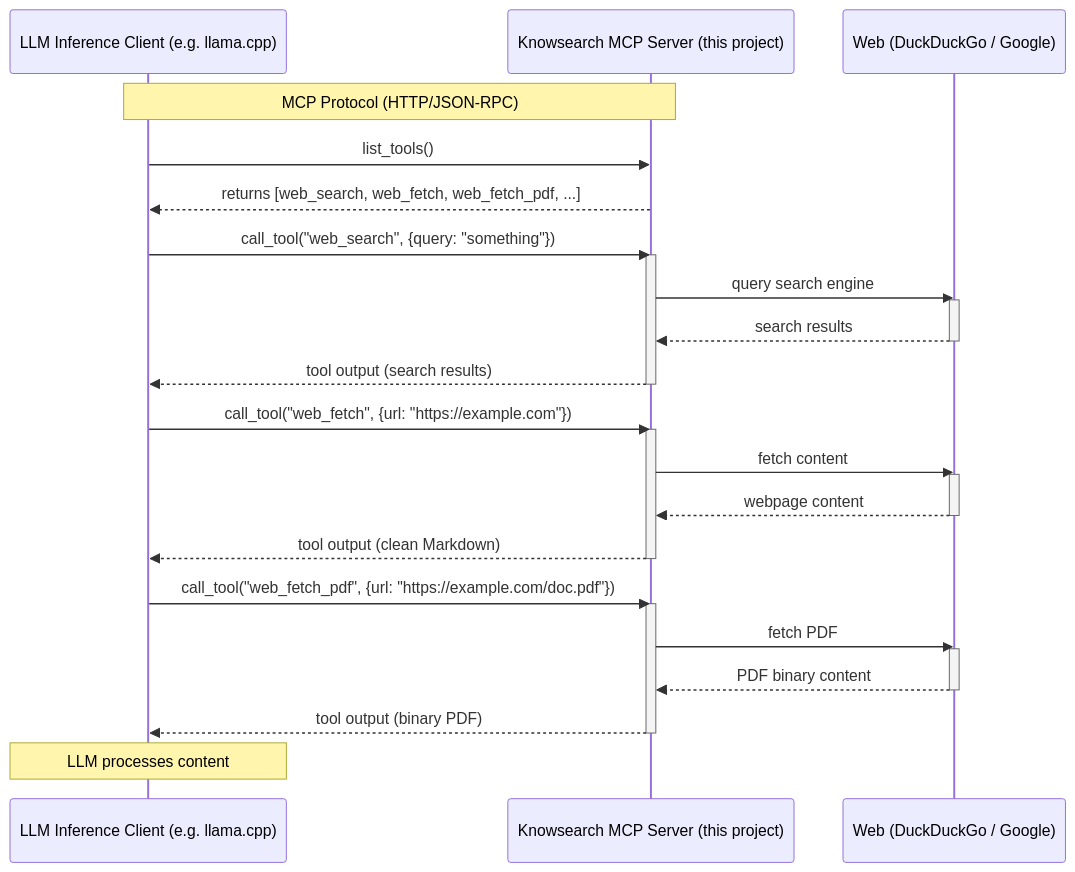
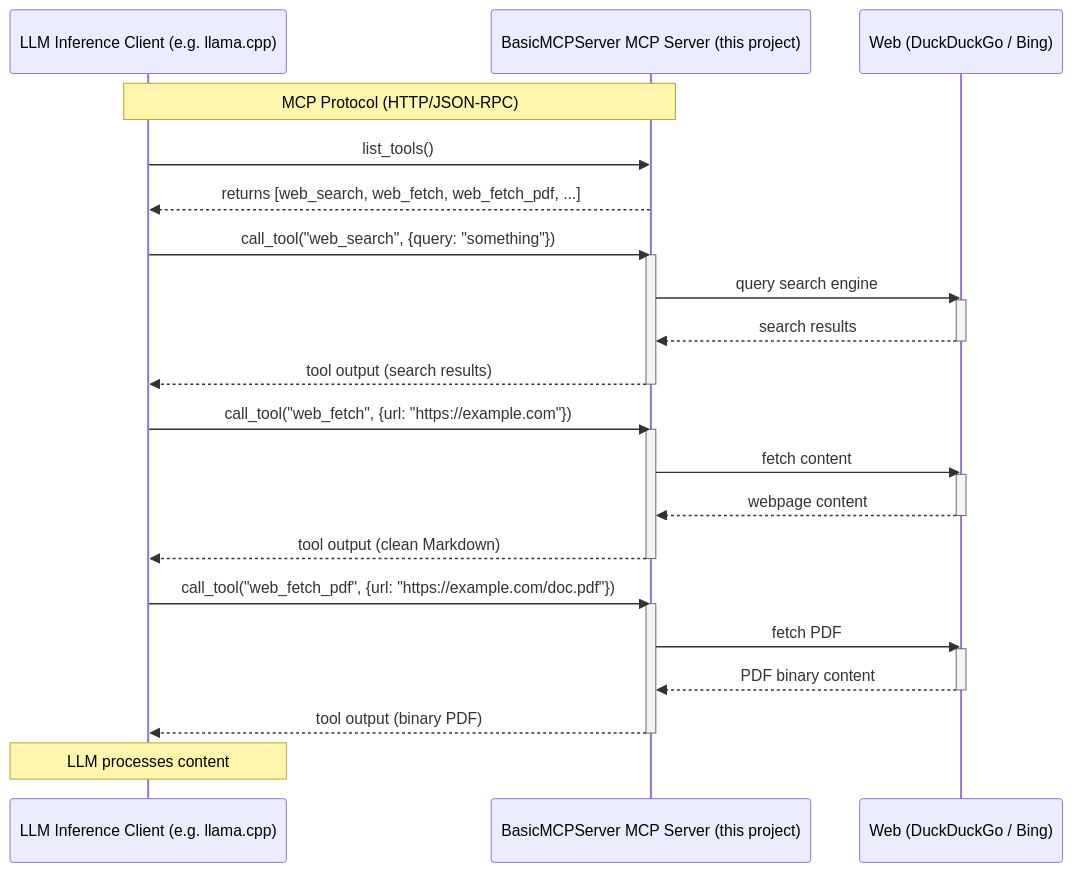
The diagram in README.md (anfe67/BasicMCPServer), drawn with Mermaid before and after one commit. The commit also changed other lines of this file, not shown here.

Commit message:
Update README: rename project to BasicMCPServer and add Google Search note

````diff
--- a/README.md
+++ b/README.md
@@ -3,40 +3,40 @@
 ```mermaid
 sequenceDiagram
     participant Client as LLM Inference Client (e.g. llama.cpp)
-    participant MCP as Knowsearch MCP Server (this project)
-    participant Web as Web (DuckDuckGo / Google)
+    participant MCP as BasicMCPServer MCP Server (this project)
+    participant Web as Web (DuckDuckGo / Bing)
 
     Note over Client, MCP: MCP Protocol (HTTP/JSON-RPC)
 
     Client->>MCP: list_tools()
     MCP-->>Client: returns [web_search, web_fetch, web_fetch_pdf, ...]
 
     Client->>MCP: call_tool("web_search", {query: "something"})
     activate MCP
     MCP->>Web: query search engine
     activate Web
     Web-->>MCP: search results
     deactivate Web
     MCP-->>Client: tool output (search results)
     deactivate MCP
 
     Client->>MCP: call_tool("web_fetch", {url: "https://example.com"})
     activate MCP
     MCP->>Web: fetch content
     activate Web
     Web-->>MCP: webpage content
     deactivate Web
     MCP-->>Client: tool output (clean Markdown)
     deactivate MCP
 
     Client->>MCP: call_tool("web_fetch_pdf", {url: "https://example.com/doc.pdf"})
     activate MCP
     MCP->>Web: fetch PDF
     activate Web
     Web-->>MCP: PDF binary content
     deactivate Web
     MCP-->>Client: tool output (binary PDF)
     deactivate MCP
 
     Note over Client: LLM processes content
 ```
````
